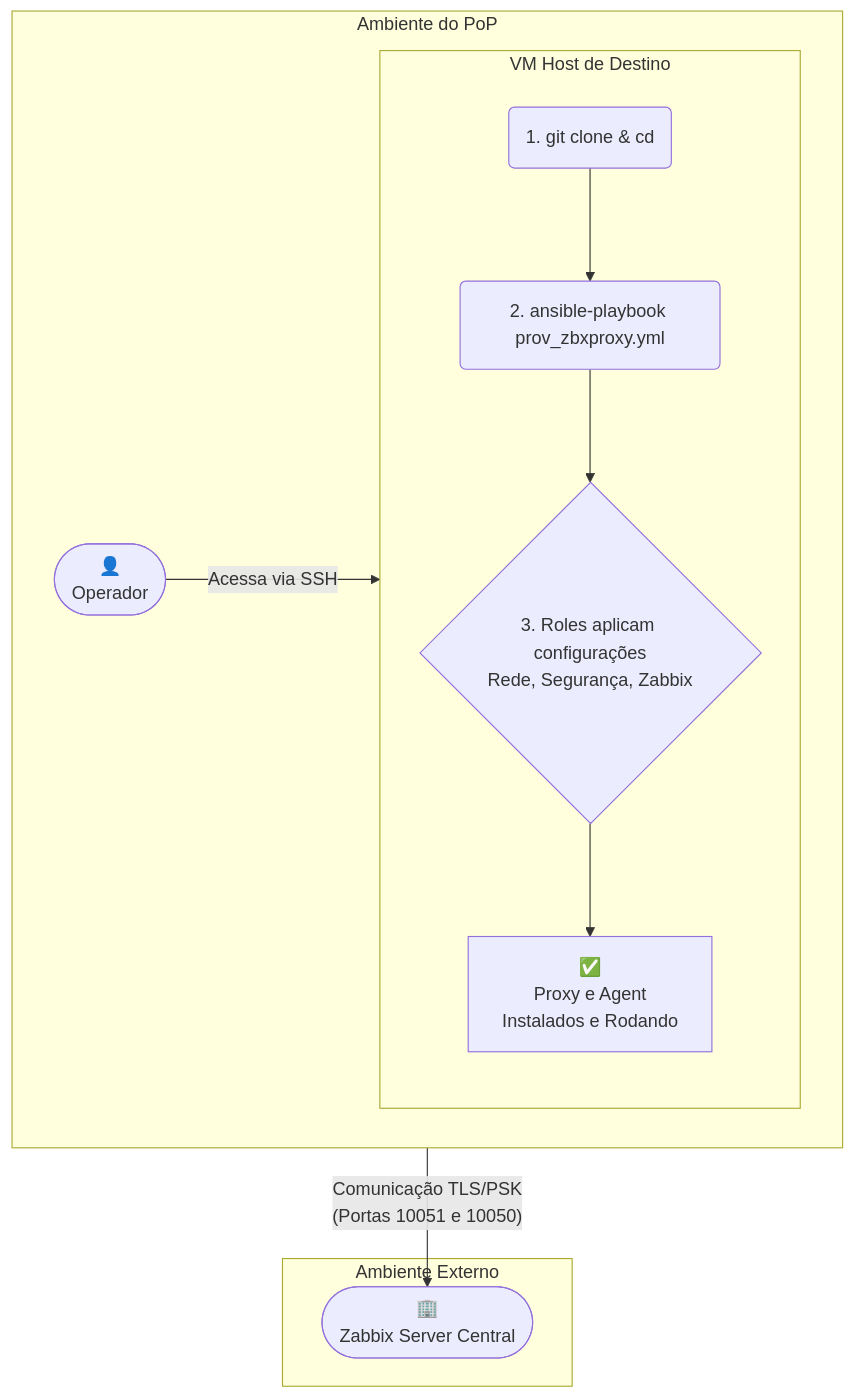
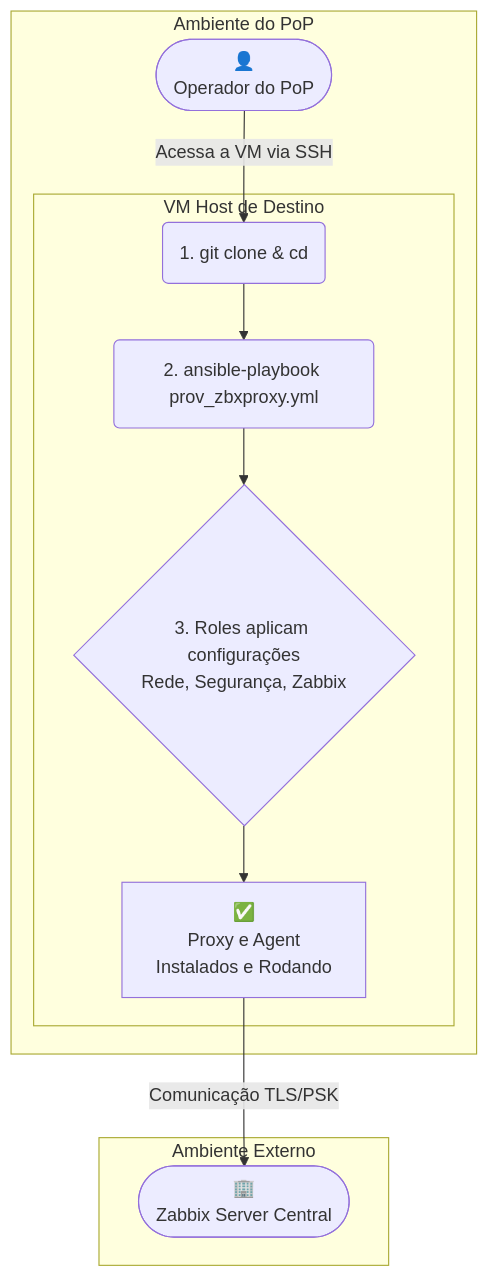
The diagram in README.md (felipeanj0s/Delta), drawn with Mermaid before and after one commit.

````diff
--- a/README.md
+++ b/README.md
@@ -44,25 +44,23 @@
 ```mermaid
 graph TD;
     subgraph "Ambiente Externo"
         ZabbixServer(["🏢<br>Zabbix Server Central"]);
     end
 
     subgraph "Ambiente do PoP"
-        direction LR
-        Operador(["👤<br>Operador"]);
+        Operador(["👤<br>Operador do PoP"]);
 
         subgraph "VM Host de Destino"
-            direction TD
             A("1. git clone & cd");
             B("2. ansible-playbook prov_zbxproxy.yml");
             C{"3. Roles aplicam configurações<br>Rede, Segurança, Zabbix"};
             D["✅<br>Proxy e Agent<br>Instalados e Rodando"];
             
             A --> B --> C --> D;
         end
 
-        Operador -- "Acessa via SSH" --> A;
+        Operador -- "Acessa a VM via SSH" --> A;
     end
     
-    D -- "Comunicação TLS/PSK<br>(Portas 10051 e 10050)" --> ZabbixServer;
+    D -- "Comunicação TLS/PSK" --> ZabbixServer;
 ```
````
